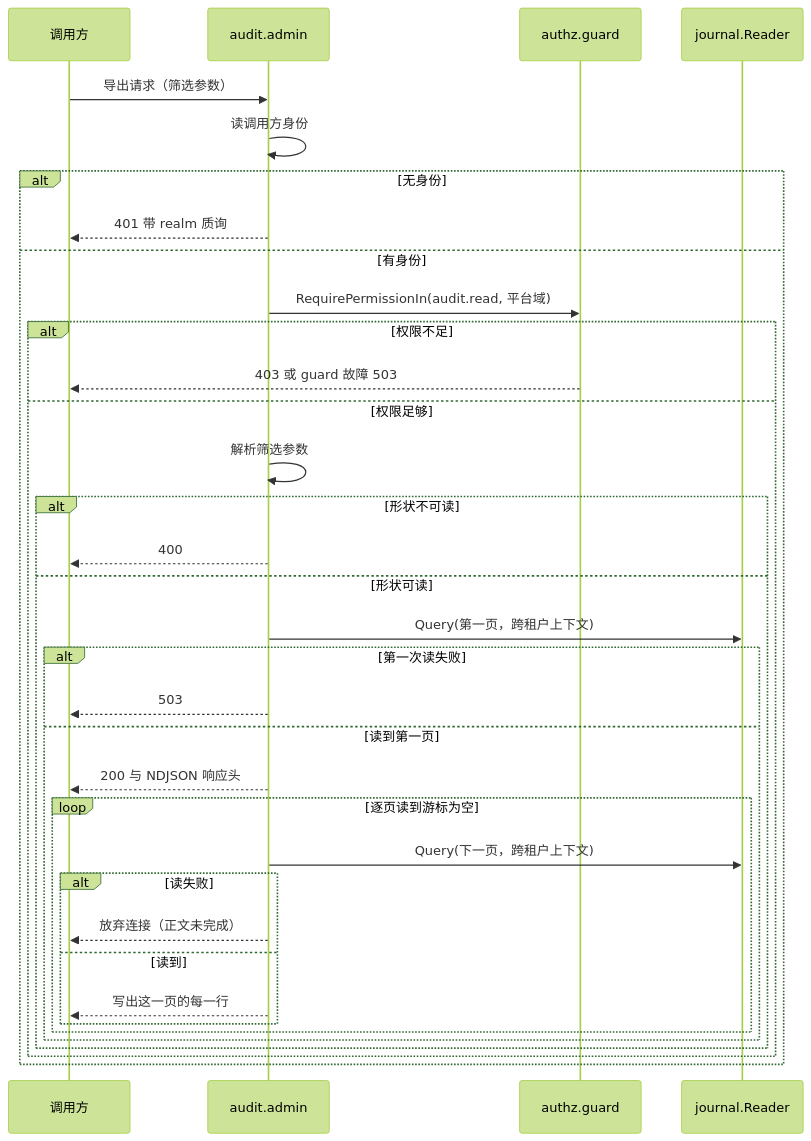
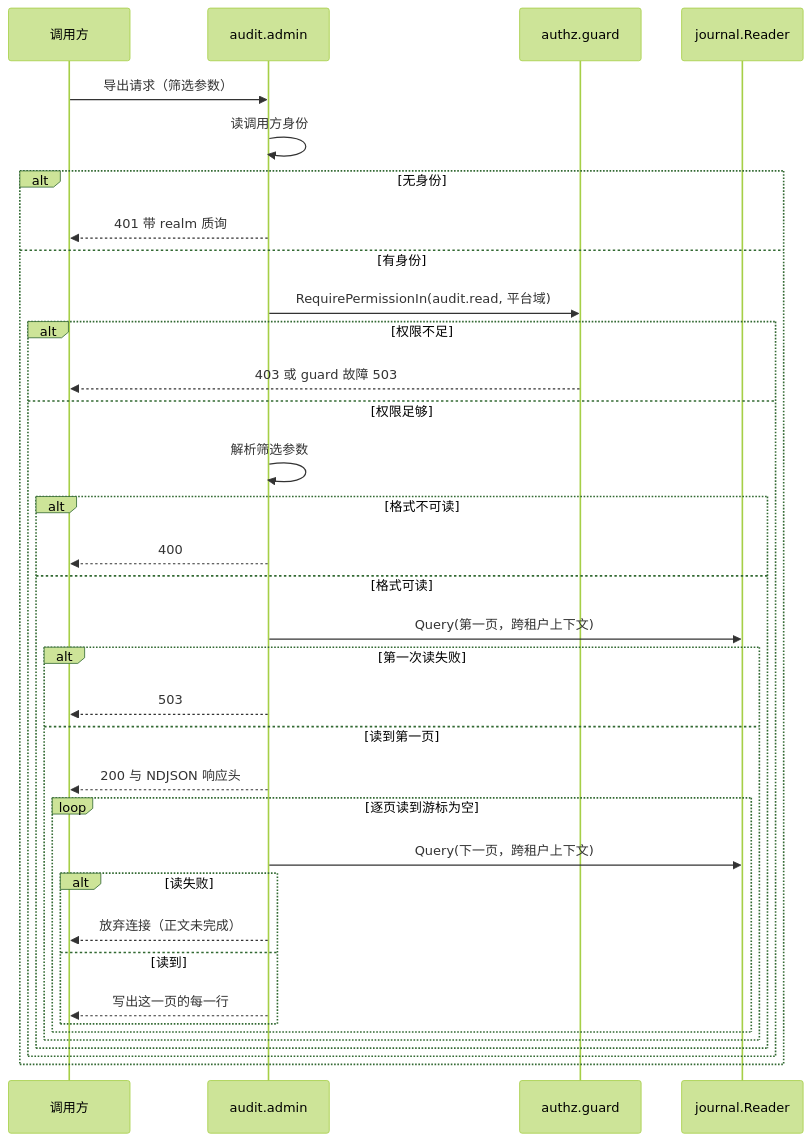
The second of 2 diagrams in docs/design/modules/audit/design-audit-admin.md (wangzw/speed), drawn with Mermaid (forest theme) before and after one commit. The commit also changed other lines of this file and 328 other files, not shown here.

````diff
--- a/docs/design/modules/audit/design-audit-admin.md
+++ b/docs/design/modules/audit/design-audit-admin.md
@@ -209,37 +209,37 @@
 ```mermaid
 sequenceDiagram
     participant C as 调用方
     participant H as audit.admin
     participant G as authz.guard
     participant J as journal.Reader
     C->>H: 导出请求（筛选参数）
     H->>H: 读调用方身份
     alt 无身份
         H-->>C: 401 带 realm 质询
     else 有身份
         H->>G: RequirePermissionIn(audit.read, 平台域)
         alt 权限不足
             G-->>C: 403 或 guard 故障 503
         else 权限足够
             H->>H: 解析筛选参数
-            alt 形状不可读
+            alt 格式不可读
                 H-->>C: 400
-            else 形状可读
+            else 格式可读
                 H->>J: Query(第一页，跨租户上下文)
                 alt 第一次读失败
                     H-->>C: 503
                 else 读到第一页
                     H-->>C: 200 与 NDJSON 响应头
                     loop 逐页读到游标为空
                         H->>J: Query(下一页，跨租户上下文)
                         alt 读失败
                             H-->>C: 放弃连接（正文未完成）
                         else 读到
                             H-->>C: 写出这一页的每一行
                         end
                     end
                 end
             end
         end
     end
 ```
````
